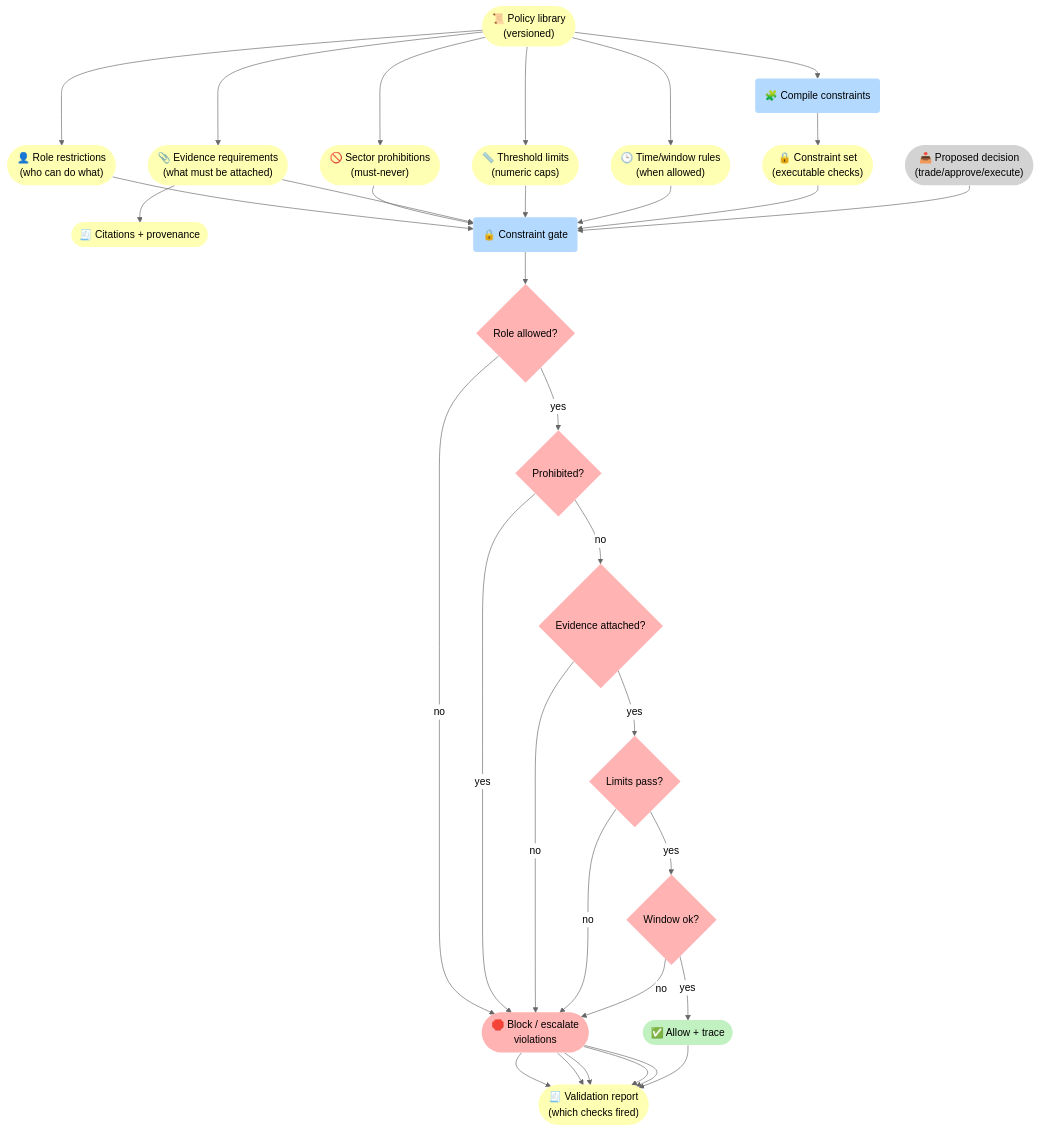
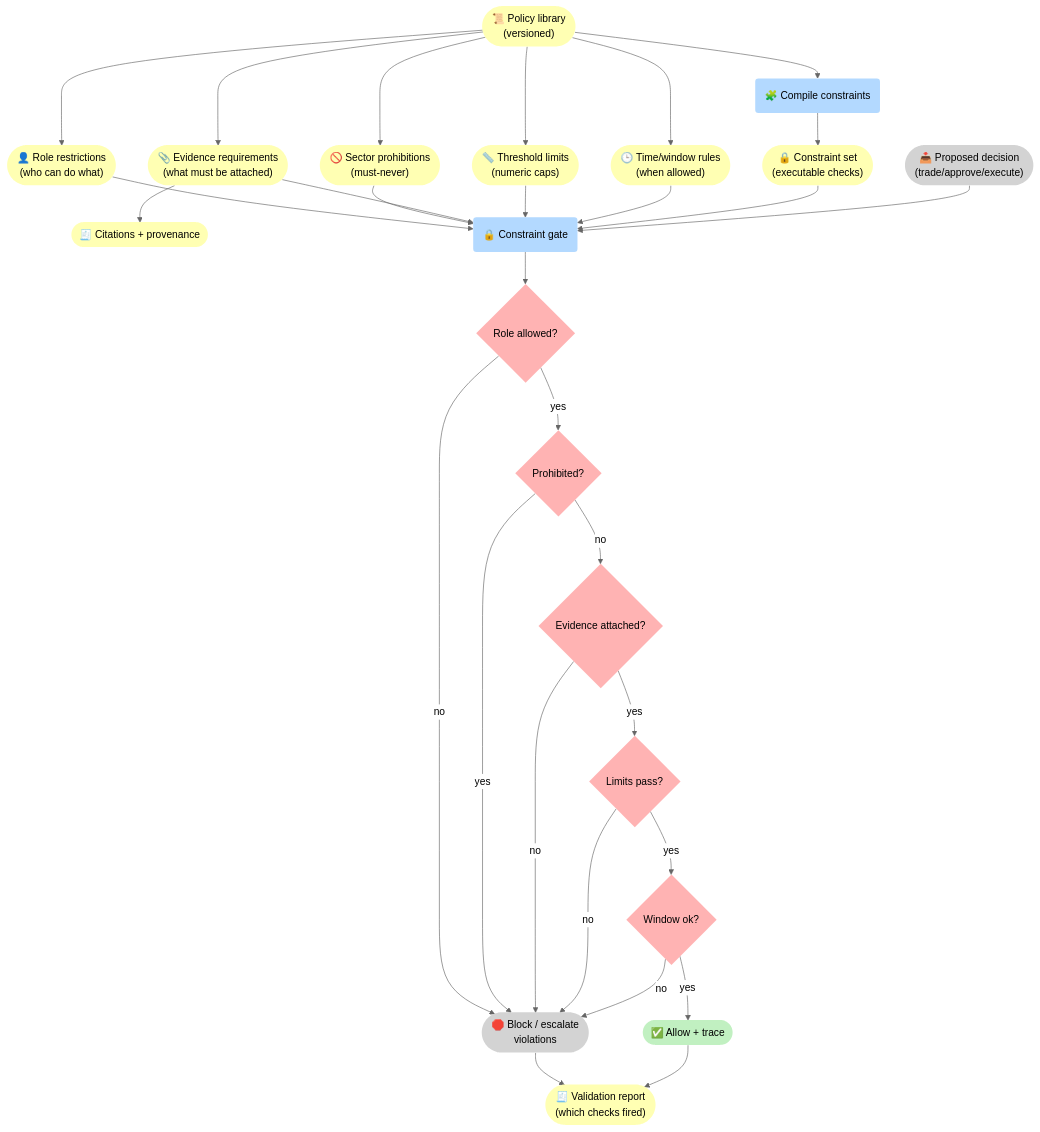
One commit to 5Reasons/5reasons.github.io changed the second of 3 diagrams in docs/case-studies/finance.md. Above: the diagram before and after it, drawn with Mermaid (neutral theme). The commit also changed other lines of this file and 14 other files, not shown here.

First line of the commit message:
Refactor diagrams and improve clarity in blog posts and case studies

````diff
--- a/docs/case-studies/finance.md
+++ b/docs/case-studies/finance.md
@@ -93,66 +93,66 @@
 ```mermaid
 flowchart TB
 %% Styles (brModel Standard)
 classDef i fill:#D3D3D3,stroke-width:0px,color:#000;
 classDef p fill:#B3D9FF,stroke-width:0px,color:#000;
 classDef r fill:#FFFFB3,stroke-width:0px,color:#000;
 classDef o fill:#C1F0C1,stroke-width:0px,color:#000;
 classDef s fill:#FFB3B3,stroke-width:0px,color:#000;
 
 R_P(["📜 Policy library<br>(versioned)"]):::r
 R1(["👤 Role restrictions<br>(who can do what)"]):::r
 R2(["🚫 Sector prohibitions<br>(must-never)"]):::r
 R3(["📎 Evidence requirements<br>(what must be attached)"]):::r
 R4(["📏 Threshold limits<br>(numeric caps)"]):::r
 R5(["🕒 Time/window rules<br>(when allowed)"]):::r
 R_C(["🧾 Citations + provenance" ]):::r
 
 P_Comp("🧩 Compile constraints"):::p
 R_Set(["🔒 Constraint set<br>(executable checks)"]):::r
 
 I_Dec(["📥 Proposed decision<br>(trade/approve/execute)"]):::i
 P_G("🔒 Constraint gate"):::p
 
 G_Role{"Role allowed?"}:::s
 G_Proh{"Prohibited?"}:::s
 G_Ev{"Evidence attached?"}:::s
 G_Lim{"Limits pass?"}:::s
 G_Time{"Window ok?"}:::s
 
 O_OK(["✅ Allow + trace"]):::o
-S_No(["🛑 Block / escalate<br>violations"]):::s
+S_No(["🛑 Block / escalate<br>violations"]):::i
 R_Rep(["🧾 Validation report<br>(which checks fired)"]):::r
 
 R_P --> P_Comp --> R_Set
 R_P --> R1
 R_P --> R2
 R_P --> R3 --> R_C
 R_P --> R4
 R_P --> R5
 
 R1 --> P_G
 R2 --> P_G
 R3 --> P_G
 R4 --> P_G
 R5 --> P_G
 R_Set --> P_G
 I_Dec --> P_G --> G_Role
 
 G_Role -->|"no"| S_No --> R_Rep
 G_Role -->|"yes"| G_Proh
 
-G_Proh -->|"yes"| S_No --> R_Rep
+G_Proh -->|"yes"| S_No
 G_Proh -->|"no"| G_Ev
 
-G_Ev -->|"no"| S_No --> R_Rep
+G_Ev -->|"no"| S_No 
 G_Ev -->|"yes"| G_Lim
 
-G_Lim -->|"no"| S_No --> R_Rep
+G_Lim -->|"no"| S_No 
 G_Lim -->|"yes"| G_Time
 
-G_Time -->|"no"| S_No --> R_Rep
+G_Time -->|"no"| S_No 
 G_Time -->|"yes"| O_OK --> R_Rep
 
 %% Clickable nodes
 click R_P "/methodology/constraints/" "Constraints"
 ```
````
